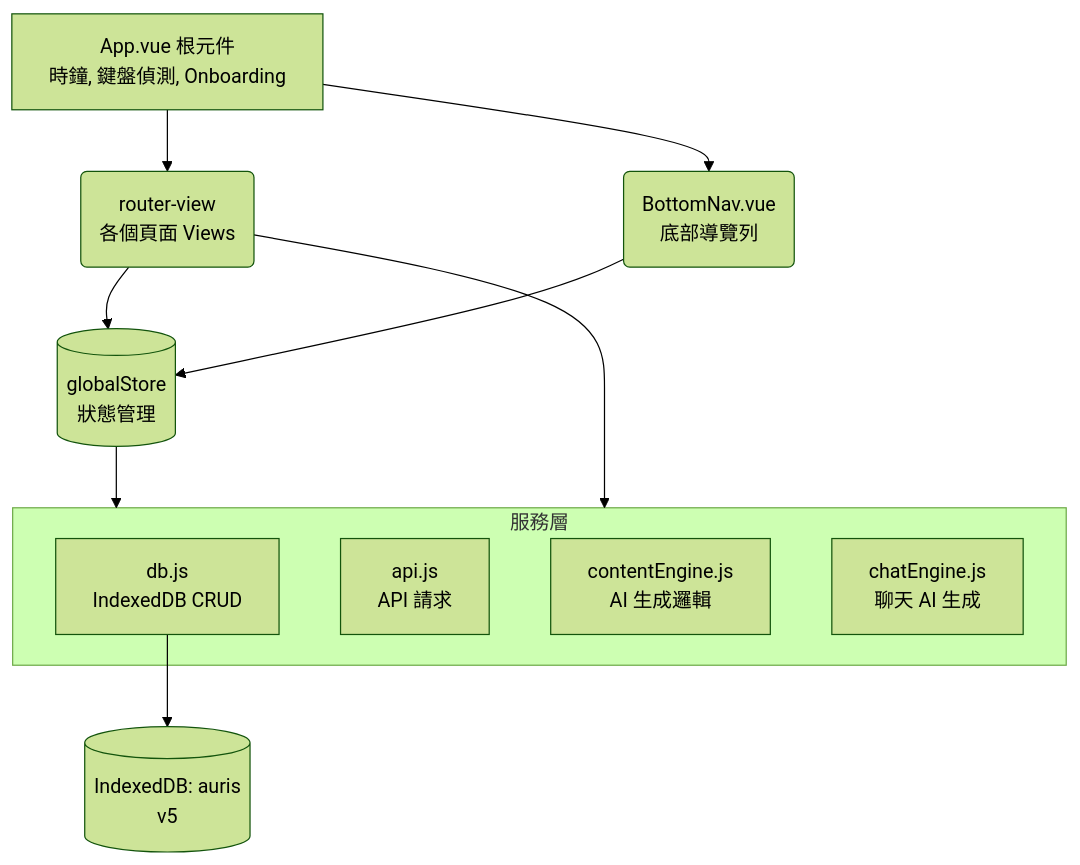
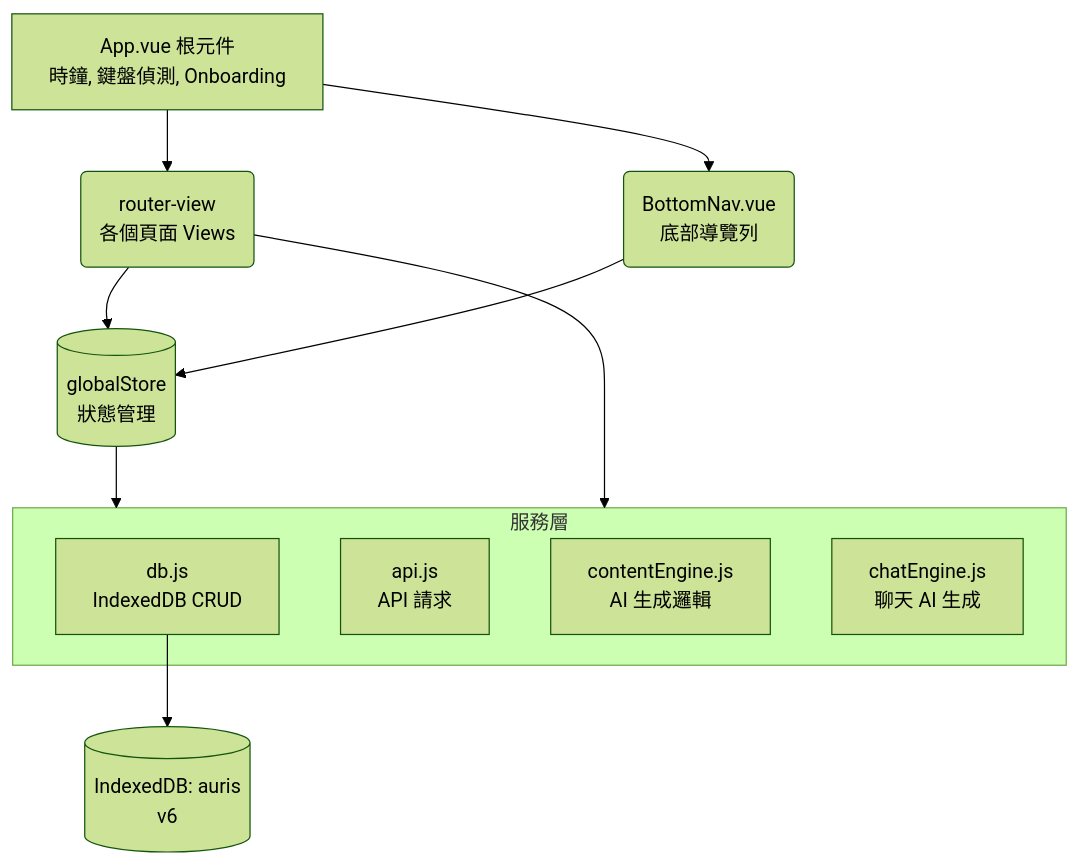
One commit to Sabine630/auris-app changed the diagram in auris-vue/ARCHITECTURE.md. Above: the diagram before and after it, drawn with Mermaid (forest theme). The commit also changed other lines of this file and 9 other files, not shown here.

````diff
--- a/auris-vue/ARCHITECTURE.md
+++ b/auris-vue/ARCHITECTURE.md
@@ -27,18 +27,18 @@
 ```mermaid
 graph TD
     App[App.vue 根元件<br/>時鐘, 鍵盤偵測, Onboarding] --> RouterView(router-view<br/>各個頁面 Views)
     App --> BottomNav(BottomNav.vue<br/>底部導覽列)
     RouterView --> GlobalStore[(globalStore<br/>狀態管理)]
     BottomNav --> GlobalStore
     GlobalStore --> Services[Services 服務層]
     RouterView --> Services
     
     subgraph Services [服務層]
         DB[db.js<br/>IndexedDB CRUD]
         API[api.js<br/>API 請求]
         CE[contentEngine.js<br/>AI 生成邏輯]
         Chat[chatEngine.js<br/>聊天 AI 生成]
     end
     
-    DB --> IndexedDB[(IndexedDB: auris<br/>v5)]
+    DB --> IndexedDB[(IndexedDB: auris<br/>v6)]
 ```
````
